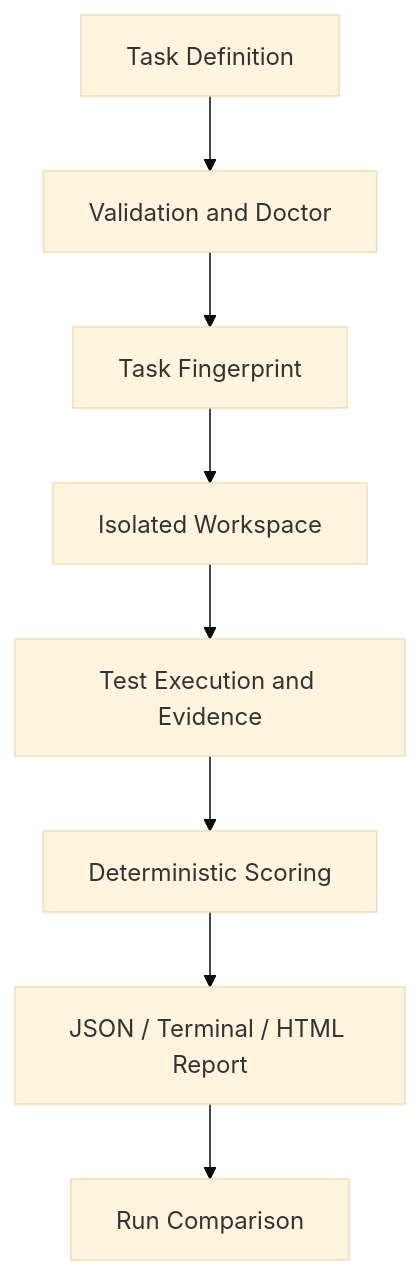
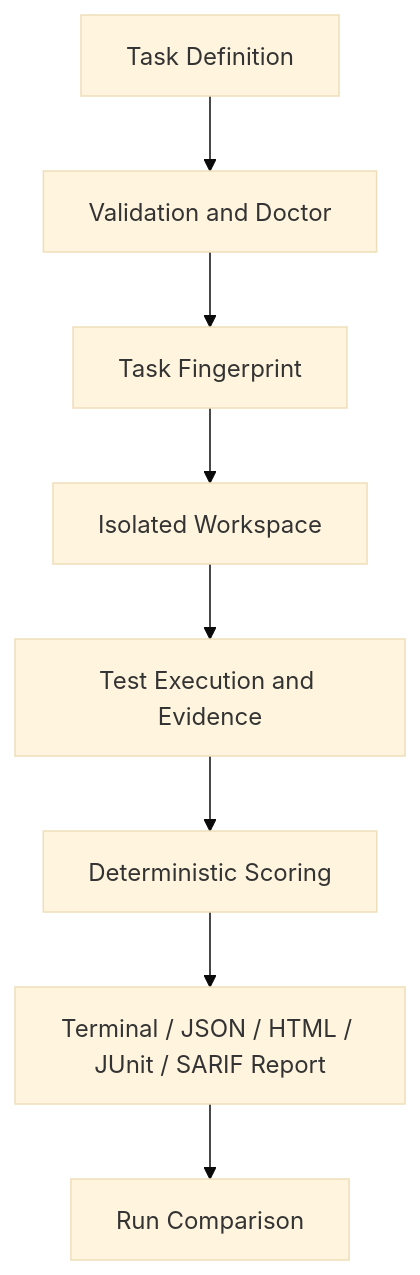
One commit to chenwei217/RepoGym changed the diagram in README.md. Above: the diagram before and after it, drawn with Mermaid (base theme). The commit also changed other lines of this file and 11 other files, not shown here.

Commit message:
feat(reporting): add JUnit and SARIF serializers

````diff
--- a/README.md
+++ b/README.md
@@ -197,10 +206,10 @@
 ```mermaid
 flowchart TD
     A[Task Definition] --> B[Validation and Doctor]
     B --> C[Task Fingerprint]
     C --> D[Isolated Workspace]
     D --> E[Test Execution and Evidence]
     E --> F[Deterministic Scoring]
-    F --> G[JSON / Terminal / HTML Report]
+    F --> G[Terminal / JSON / HTML / JUnit / SARIF Report]
     G --> H[Run Comparison]
 ```
````
